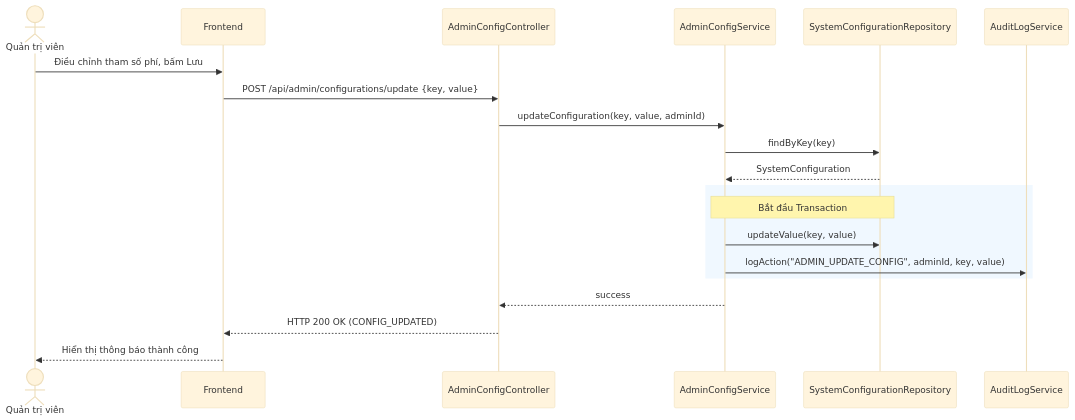
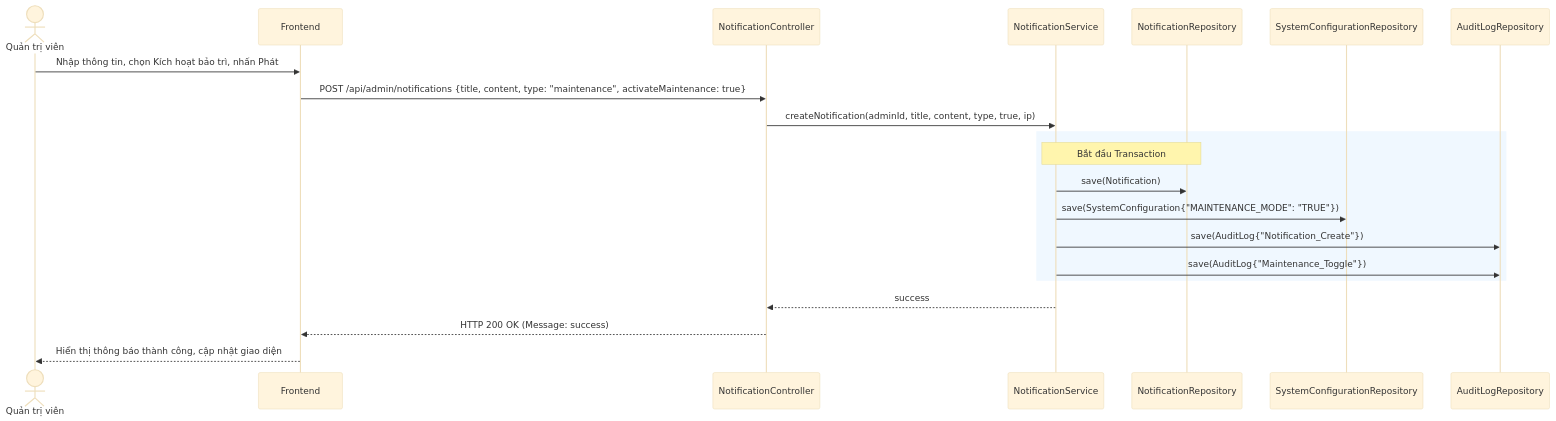
One commit to Vietanh1712/mmo-system changed the diagram in MMO_Market/MMO_Market (3)/MMO_Market/.sdd/specs/backend/feat-admin/UC-15-system-administration.md. Above: the diagram before and after it, drawn with Mermaid (base theme). The commit also changed other lines of this file and 28 other files, not shown here.

````diff
--- a/MMO_Market/MMO_Market (3)/MMO_Market/.sdd/specs/backend/feat-admin/UC-15-system-administration.md
+++ b/MMO_Market/MMO_Market (3)/MMO_Market/.sdd/specs/backend/feat-admin/UC-15-system-administration.md
@@ -96,25 +123,26 @@
 ```mermaid
 sequenceDiagram
     actor A as Quản trị viên
     participant FE as Frontend
-    participant ACC as AdminConfigController
-    participant ACS as AdminConfigService
+    participant NC as NotificationController
+    participant NS as NotificationService
+    participant NR as NotificationRepository
     participant SCR as SystemConfigurationRepository
-    participant ALS as AuditLogService
+    participant ALR as AuditLogRepository
 
-    A->>FE: Điều chỉnh tham số phí, bấm Lưu
-    FE->>ACC: POST /api/admin/configurations/update {key, value}
-    ACC->>ACS: updateConfiguration(key, value, adminId)
-    ACS->>SCR: findByKey(key)
-    SCR-->>ACS: SystemConfiguration
+    A->>FE: Nhập thông tin, chọn Kích hoạt bảo trì, nhấn Phát
+    FE->>NC: POST /api/admin/notifications {title, content, type: "maintenance", activateMaintenance: true}
+    NC->>NS: createNotification(adminId, title, content, type, true, ip)
     
     rect rgb(240, 248, 255)
-        Note over ACS, SCR: Bắt đầu Transaction
-        ACS->>SCR: updateValue(key, value)
-        ACS->>ALS: logAction("ADMIN_UPDATE_CONFIG", adminId, key, value)
+        Note over NS, NR: Bắt đầu Transaction
+        NS->>NR: save(Notification)
+        NS->>SCR: save(SystemConfiguration{"MAINTENANCE_MODE": "TRUE"})
+        NS->>ALR: save(AuditLog{"Notification_Create"})
+        NS->>ALR: save(AuditLog{"Maintenance_Toggle"})
     end
     
-    ACS-->>ACC: success
-    ACC-->>FE: HTTP 200 OK (CONFIG_UPDATED)
-    FE-->>A: Hiển thị thông báo thành công
+    NS-->>NC: success
+    NC-->>FE: HTTP 200 OK (Message: success)
+    FE-->>A: Hiển thị thông báo thành công, cập nhật giao diện
 ```
````
